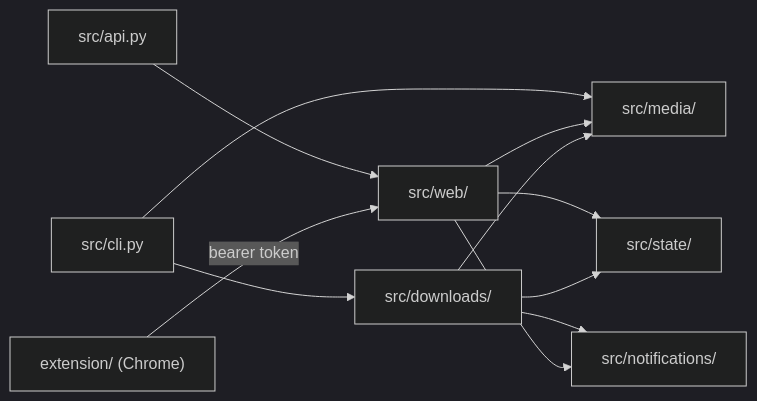
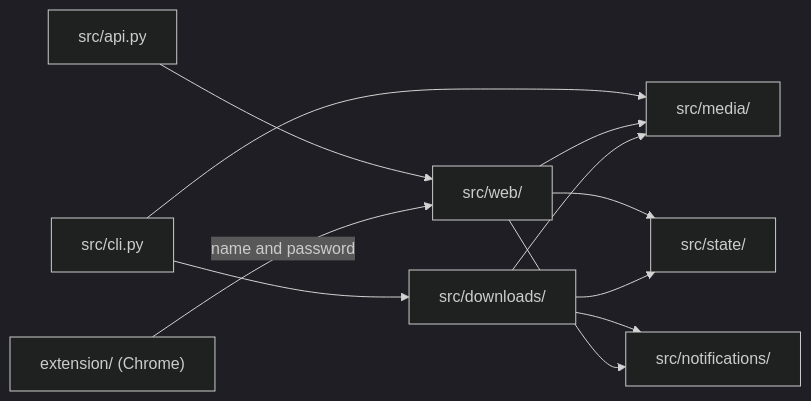
Before and after one commit to GerardWu100/podcast-downloader: the diagram in docs/architecture.md, drawn with Mermaid (dark theme). The commit also changed other lines of this file and 23 other files, not shown here.

````diff
--- a/docs/architecture.md
+++ b/docs/architecture.md
@@ -10,13 +10,13 @@
 ```mermaid
 flowchart LR
     API["src/api.py"] --> Web["src/web/"]
-    Extension["extension/ (Chrome)"] -->|"bearer token"| Web
+    Extension["extension/ (Chrome)"] -->|"name and password"| Web
     CLI["src/cli.py"] --> Downloads["src/downloads/"]
     CLI --> Media["src/media/"]
     Web --> Media
     Web --> State["src/state/"]
     Downloads --> Media
     Downloads --> State
     Downloads --> Notify["src/notifications/"]
     Web --> Notify
 ```
````
